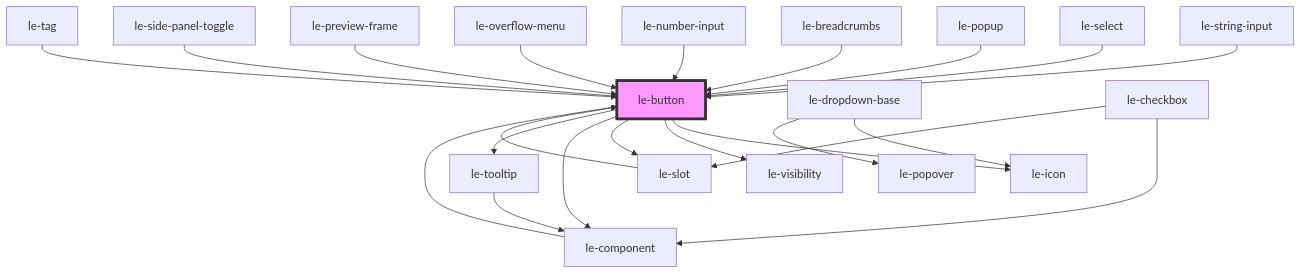
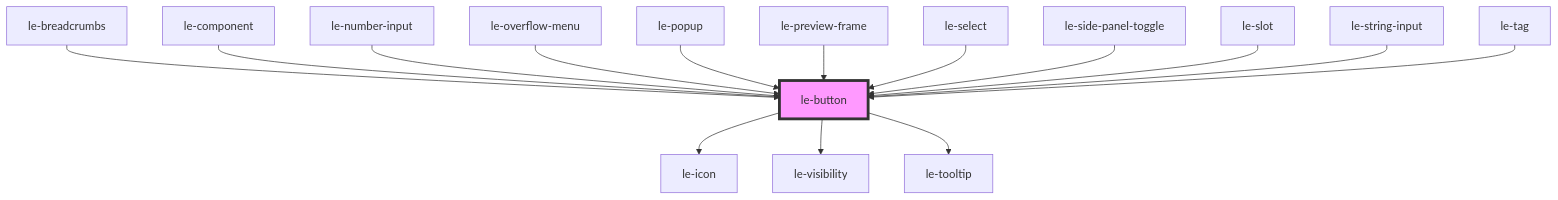
One commit to leechy/le-kit changed the diagram in packages/core/src/components/le-button/readme.md. Above: the diagram before and after it, drawn with Mermaid. The commit also changed other lines of this file and 44 other files, not shown here.

````diff
--- a/packages/core/src/components/le-button/readme.md
+++ b/packages/core/src/components/le-button/readme.md
@@ -192,25 +189,18 @@
 ```mermaid
 graph TD;
   le-button --> le-icon
   le-button --> le-visibility
-  le-button --> le-slot
-  le-button --> le-component
   le-button --> le-tooltip
+  le-breadcrumbs --> le-button
+  le-component --> le-button
+  le-number-input --> le-button
+  le-overflow-menu --> le-button
+  le-popup --> le-button
+  le-preview-frame --> le-button
+  le-select --> le-button
+  le-side-panel-toggle --> le-button
   le-slot --> le-button
   le-string-input --> le-button
-  le-component --> le-button
-  le-select --> le-button
-  le-dropdown-base --> le-icon
-  le-dropdown-base --> le-popover
-  le-checkbox --> le-component
-  le-checkbox --> le-slot
-  le-popup --> le-button
-  le-tooltip --> le-component
-  le-breadcrumbs --> le-button
-  le-number-input --> le-button
-  le-overflow-menu --> le-button
-  le-preview-frame --> le-button
-  le-side-panel-toggle --> le-button
   le-tag --> le-button
   style le-button fill:#f9f,stroke:#333,stroke-width:4px
 ```
````
